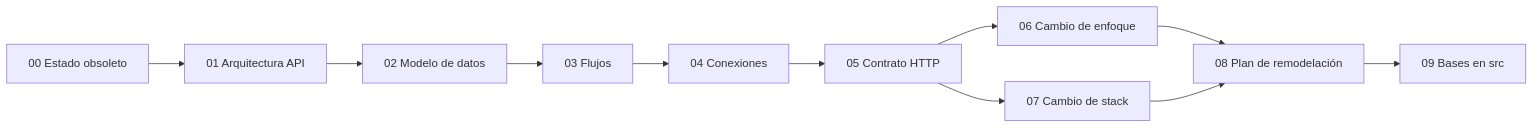
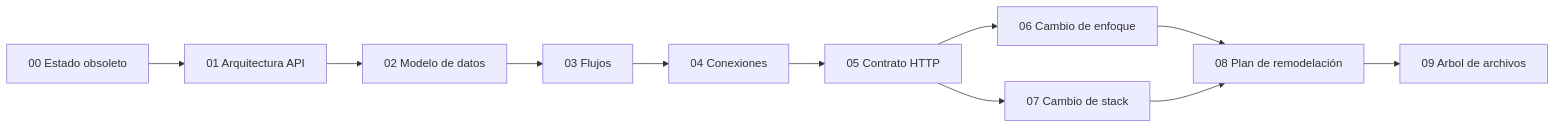
The diagram in docs/README.md (julianmeoficial/minimalecommerceapi), drawn with Mermaid before and after one commit. The commit also changed other lines of this file and 21 other files, not shown here.

````diff
--- a/docs/README.md
+++ b/docs/README.md
@@ -5,24 +5,24 @@
 ```mermaid
 flowchart LR
   Obs["00 Estado obsoleto"]
   Arch["01 Arquitectura API"]
   Data["02 Modelo de datos"]
   Flow["03 Flujos"]
   Conn["04 Conexiones"]
   Api["05 Contrato HTTP"]
   Enf["06 Cambio de enfoque"]
   Stk["07 Cambio de stack"]
   Plan["08 Plan de remodelación"]
-  Nucleo["09 Bases en src"]
+  Nucleo["09 Arbol de archivos"]
 
   Obs --> Arch
   Arch --> Data
   Data --> Flow
   Flow --> Conn
   Conn --> Api
   Api --> Enf
   Api --> Stk
   Enf --> Plan
   Stk --> Plan
   Plan --> Nucleo
 ```
````
